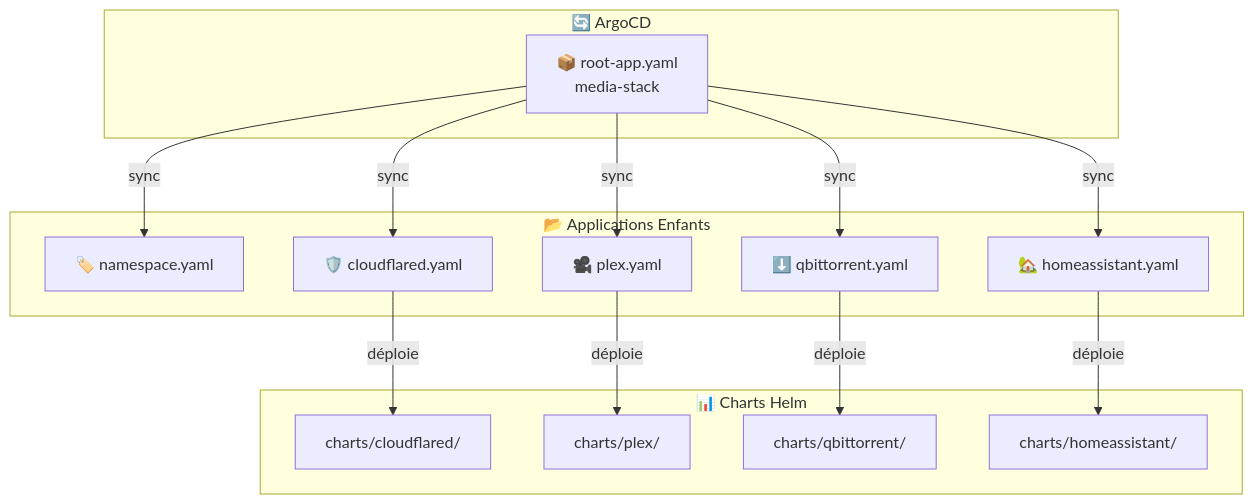
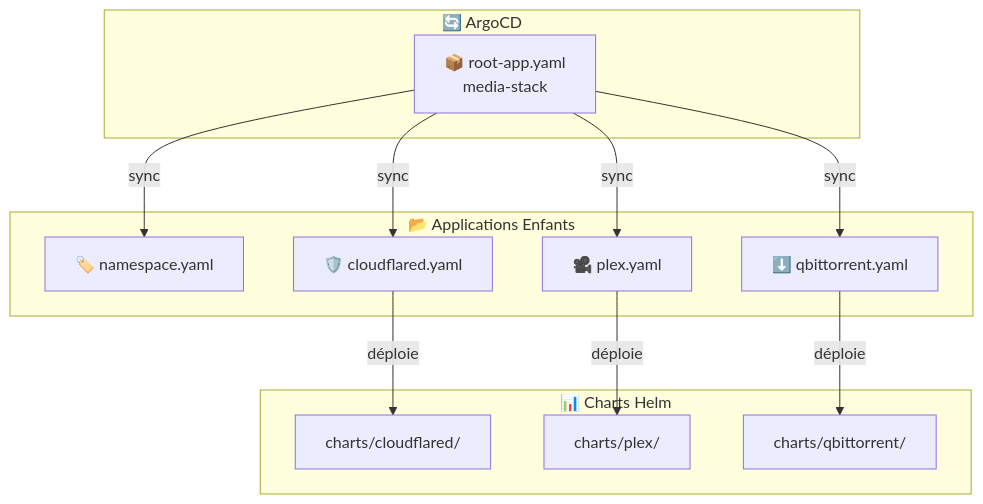
One commit to muchiny/media-stack-k8s changed the first of 2 diagrams in apps/README.md. Above: the diagram before and after it, drawn with Mermaid. The commit also changed other lines of this file and 24 other files, not shown here.

````diff
--- a/apps/README.md
+++ b/apps/README.md
@@ -7,32 +7,28 @@
 ```mermaid
 graph TB
     subgraph "🔄 ArgoCD"
         RootApp[📦 root-app.yaml<br/>media-stack]
     end
 
     subgraph "📂 Applications Enfants"
         NS[🏷️ namespace.yaml]
         CF[🛡️ cloudflared.yaml]
         PX[🎥 plex.yaml]
         QB[⬇️ qbittorrent.yaml]
-        HA[🏡 homeassistant.yaml]
     end
 
     subgraph "📊 Charts Helm"
         CFChart[charts/cloudflared/]
         PXChart[charts/plex/]
         QBChart[charts/qbittorrent/]
-        HAChart[charts/homeassistant/]
     end
 
     RootApp -->|"sync"| NS
     RootApp -->|"sync"| CF
     RootApp -->|"sync"| PX
     RootApp -->|"sync"| QB
-    RootApp -->|"sync"| HA
 
     CF -->|"déploie"| CFChart
     PX -->|"déploie"| PXChart
     QB -->|"déploie"| QBChart
-    HA -->|"déploie"| HAChart
 ```
````
